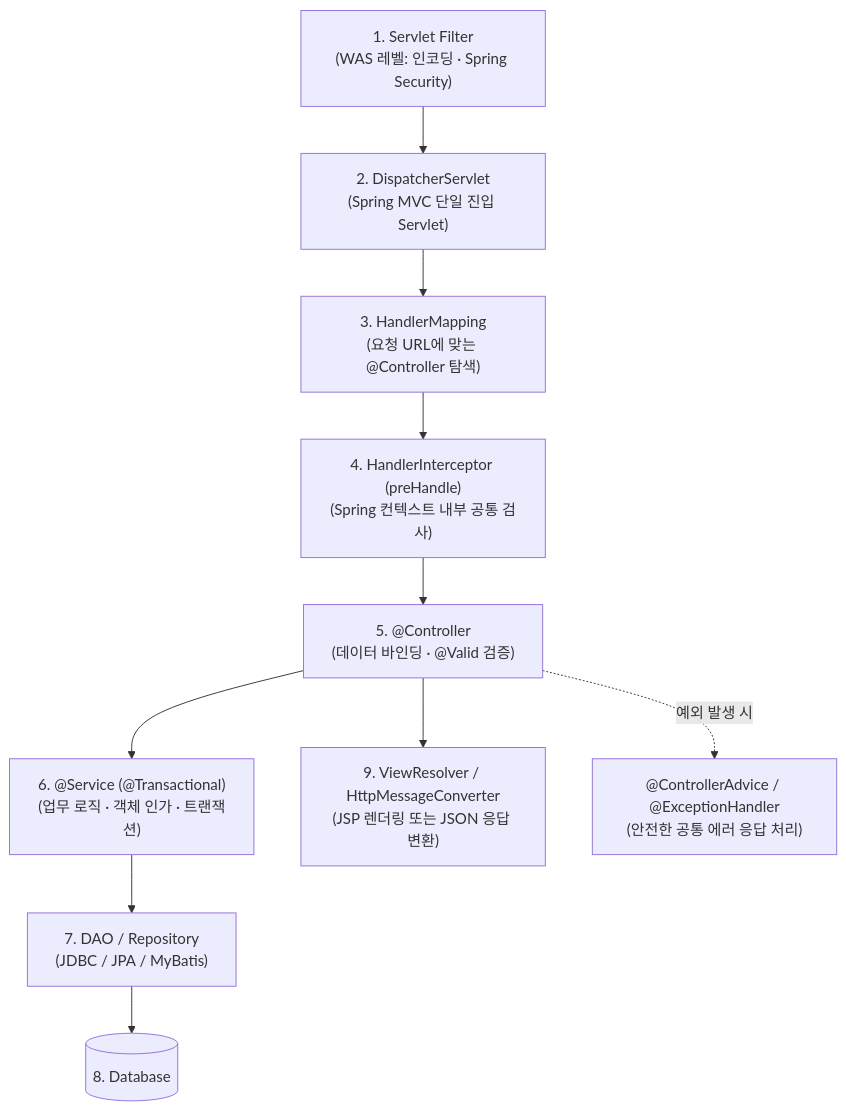
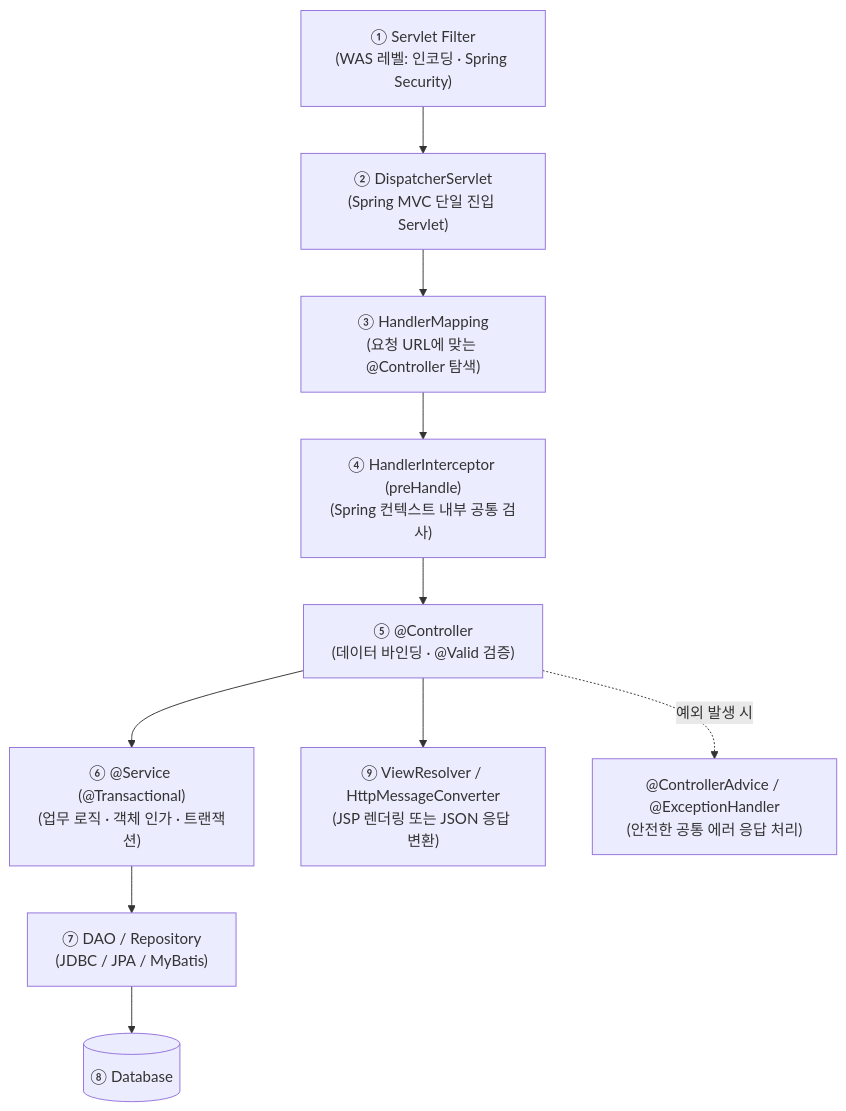
Before and after one commit to gooyong-sec/gooyong-sec.github.io: the second of 2 diagrams in content/웹취약점/Java 웹 기초 5 — JDBC·트랜잭션과 Spring MVC 요청 흐름.md, drawn with Mermaid. The commit also changed 28 other files, not shown here.

First line of the commit message:
fix: eliminate remaining mermaid markdown-list misparse across all diagrams

````diff
--- a/content/웹취약점/Java 웹 기초 5 — JDBC·트랜잭션과 Spring MVC 요청 흐름.md
+++ b/content/웹취약점/Java 웹 기초 5 — JDBC·트랜잭션과 Spring MVC 요청 흐름.md
@@ -125,12 +125,12 @@
 ```mermaid
 flowchart TD
-    F["1. Servlet Filter<br/>(WAS 레벨: 인코딩 · Spring Security)"] --> D["2. DispatcherServlet<br/>(Spring MVC 단일 진입 Servlet)"]
-    D --> H["3. HandlerMapping<br/>(요청 URL에 맞는 @Controller 탐색)"]
-    H --> I["4. HandlerInterceptor (preHandle)<br/>(Spring 컨텍스트 내부 공통 검사)"]
-    I --> C["5. @Controller<br/>(데이터 바인딩 · @Valid 검증)"]
-    C --> S["6. @Service (@Transactional)<br/>(업무 로직 · 객체 인가 · 트랜잭션)"]
-    S --> A["7. DAO / Repository<br/>(JDBC / JPA / MyBatis)"]
-    A --> DB[("8. Database")]
-    C --> V["9. ViewResolver / HttpMessageConverter<br/>(JSP 렌더링 또는 JSON 응답 변환)"]
+    F["① Servlet Filter<br/>(WAS 레벨: 인코딩 · Spring Security)"] --> D["② DispatcherServlet<br/>(Spring MVC 단일 진입 Servlet)"]
+    D --> H["③ HandlerMapping<br/>(요청 URL에 맞는 @Controller 탐색)"]
+    H --> I["④ HandlerInterceptor (preHandle)<br/>(Spring 컨텍스트 내부 공통 검사)"]
+    I --> C["⑤ @Controller<br/>(데이터 바인딩 · @Valid 검증)"]
+    C --> S["⑥ @Service (@Transactional)<br/>(업무 로직 · 객체 인가 · 트랜잭션)"]
+    S --> A["⑦ DAO / Repository<br/>(JDBC / JPA / MyBatis)"]
+    A --> DB[("⑧ Database")]
+    C --> V["⑨ ViewResolver / HttpMessageConverter<br/>(JSP 렌더링 또는 JSON 응답 변환)"]
     C -.->|"예외 발생 시"| E["@ControllerAdvice / @ExceptionHandler<br/>(안전한 공통 에러 응답 처리)"]
 ```
````
